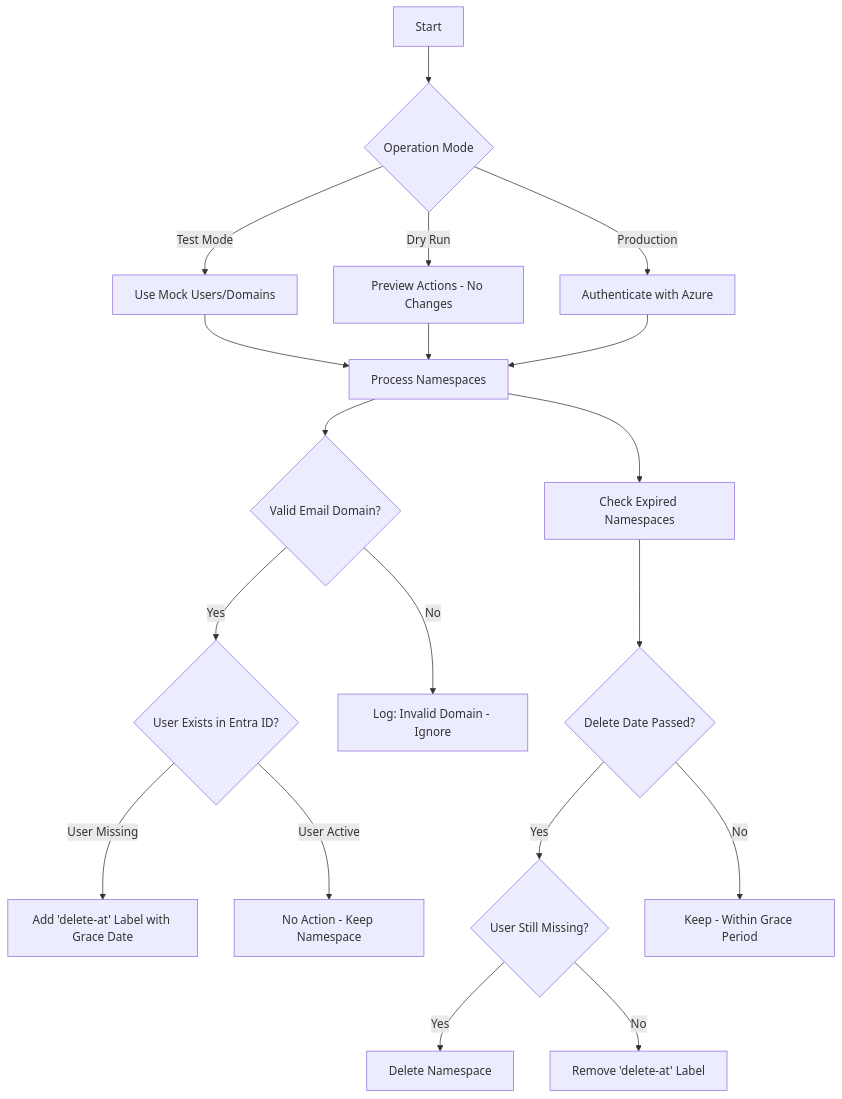
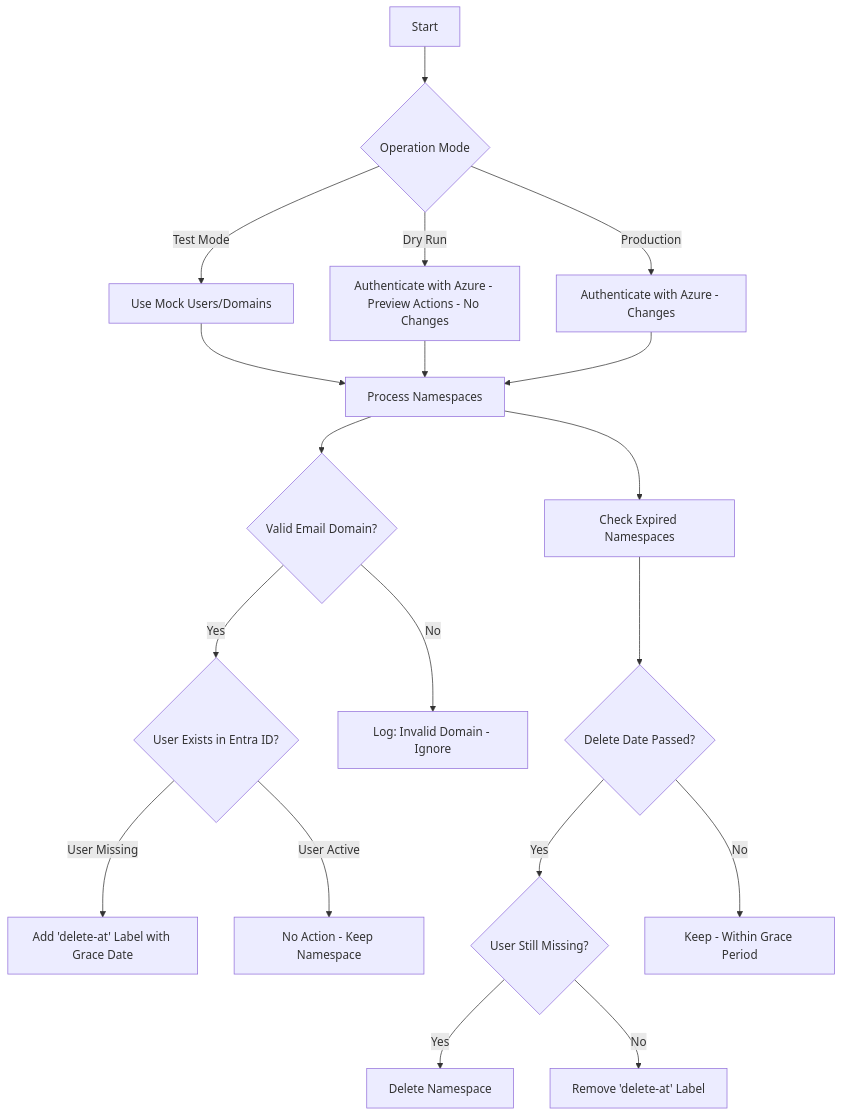
One commit to bryanpaget/namespace-cleaner changed the diagram in README.md. Above: the diagram before and after it, drawn with Mermaid.

````diff
--- a/README.md
+++ b/README.md
@@ -24,24 +24,24 @@
 ``` mermaid
 flowchart TD
     A[Start] --> B{Operation Mode}
     B -->|Test Mode| C[Use Mock Users/Domains]
-    B -->|Dry Run| D[Preview Actions - No Changes]
-    B -->|Production| E[Authenticate with Azure]
+    B -->|Dry Run| D[Authenticate with Azure - Preview Actions - No Changes]
+    B -->|Production| E[Authenticate with Azure - Changes]
 
     C & D & E --> F[Process Namespaces]
 
     F --> G1{Valid Email Domain?}
     G1 -->|Yes| G2{User Exists in Entra ID?}
     G1 -->|No| H[Log: Invalid Domain - Ignore]
 
     G2 -->|User Missing| I[Add 'delete-at' Label with Grace Date]
     G2 -->|User Active| J[No Action - Keep Namespace]
 
     F --> K[Check Expired Namespaces]
     K --> L{Delete Date Passed?}
     L -->|Yes| M{User Still Missing?}
     L -->|No| N[Keep - Within Grace Period]
 
     M -->|Yes| O[Delete Namespace]
     M -->|No| P[Remove 'delete-at' Label]
 ```
````
